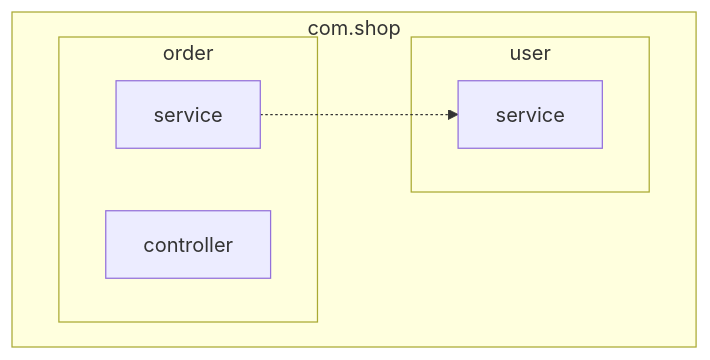
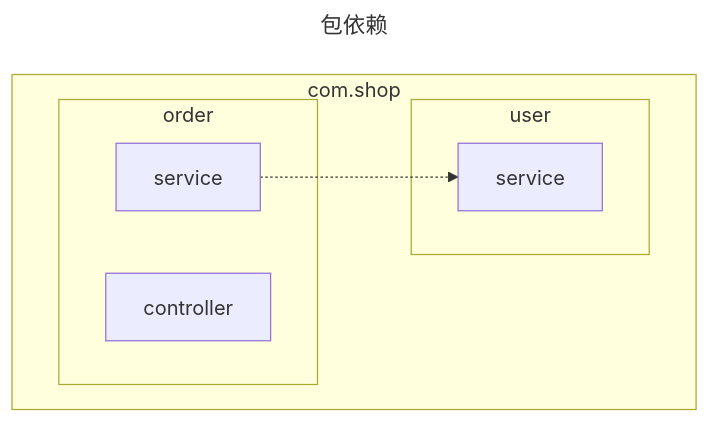
One commit to huang-hee/diagram-kit changed the sixth of 9 diagrams in references/types-modeling.md. Above: the diagram before and after it, drawn with Mermaid. The commit also changed other lines of this file and 248 other files, not shown here.

First line of the commit message:
feat: 示例按统一风格重做，补齐 42 张 drawio 整图示例，默认工具改为 drawio

````diff
--- a/references/types-modeling.md
+++ b/references/types-modeling.md
@@ -255,15 +267,18 @@
 ```mermaid
+---
+title: 包依赖
+---
 flowchart TB
   subgraph APP[com.shop]
     subgraph ORDER[order]
       O1[controller]:::pkg2
       O2[service]:::focus
     end
     subgraph USER[user]
       U1[service]:::pkg2
     end
   end
   O2 -.-> U1
   class APP pkg1
   class ORDER,USER pkg2
 ```
````
